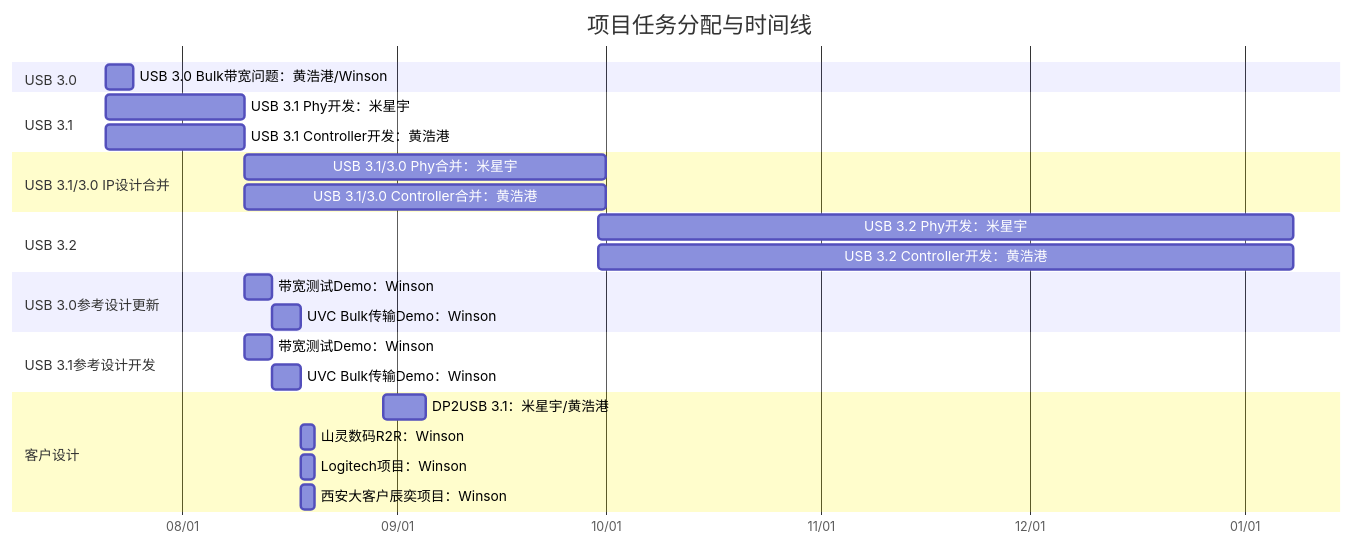
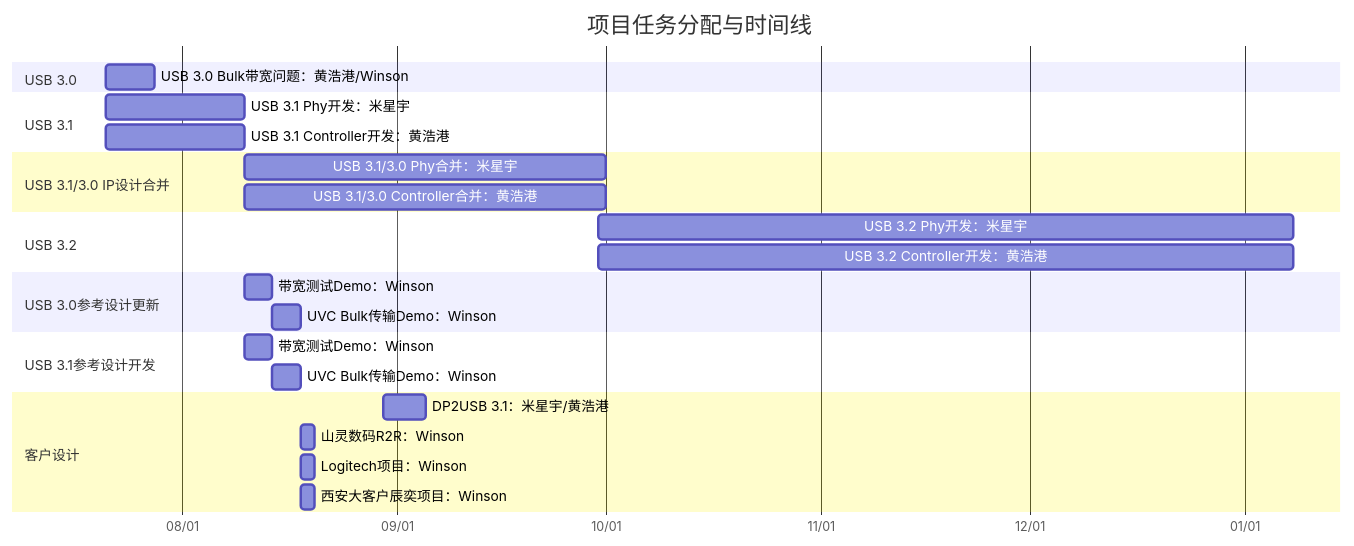
The diagram in all/未命名.md (winsonbook/iodraw-files), drawn with Mermaid before and after one commit.

Commit message:
2025-07-21 10:10:07 update

````diff
--- a/all/未命名.md
+++ b/all/未命名.md
@@ -1,35 +1,35 @@
 ```mermaid
 gantt
     title 项目任务分配与时间线
     dateFormat  YYYY-MM-DD
     axisFormat  %m/%d
 
     section USB 3.0
-    USB 3.0 Bulk带宽问题：黄浩港/Winson   :    task1, 2025-07-21, 4d
+    USB 3.0 Bulk带宽问题：黄浩港/Winson   :    task1, 2025-07-21, 7d
 
     section USB 3.1
     USB 3.1 Phy开发：米星宇      :         task2, 2025-07-21, 20d
     USB 3.1 Controller开发：黄浩港      :  task3, 2025-07-21, 20d
 
     section USB 3.1/3.0 IP设计合并
     USB 3.1/3.0 Phy合并：米星宇       :    task4, 2025-08-10, 52d
     USB 3.1/3.0 Controller合并：黄浩港:    task5, 2025-08-10, 52d
 
     section USB 3.2
     USB 3.2 Phy开发：米星宇      :         task2, 2025-09-30, 100d
     USB 3.2 Controller开发：黄浩港      :  task3, 2025-09-30, 100d
 
     section USB 3.0参考设计更新
     带宽测试Demo：Winson       :         task6, 2025-08-10, 4d
     UVC Bulk传输Demo：Winson   :        task7, 2025-08-14, 4d
 
     section USB 3.1参考设计开发
     带宽测试Demo：Winson       :         task8, 2025-08-10, 4d
     UVC Bulk传输Demo：Winson   :         task9, 2025-08-14, 4d
 
     section 客户设计
     DP2USB 3.1：米星宇/黄浩港      :task10, 2025-08-30, 6d
     山灵数码R2R：Winson :             task11, 2025-08-18, 2d
     Logitech项目：Winson :            task12, 2025-08-18, 2d
     西安大客户辰奕项目：Winson :       task13, 2025-08-18, 2d
 ```
````
